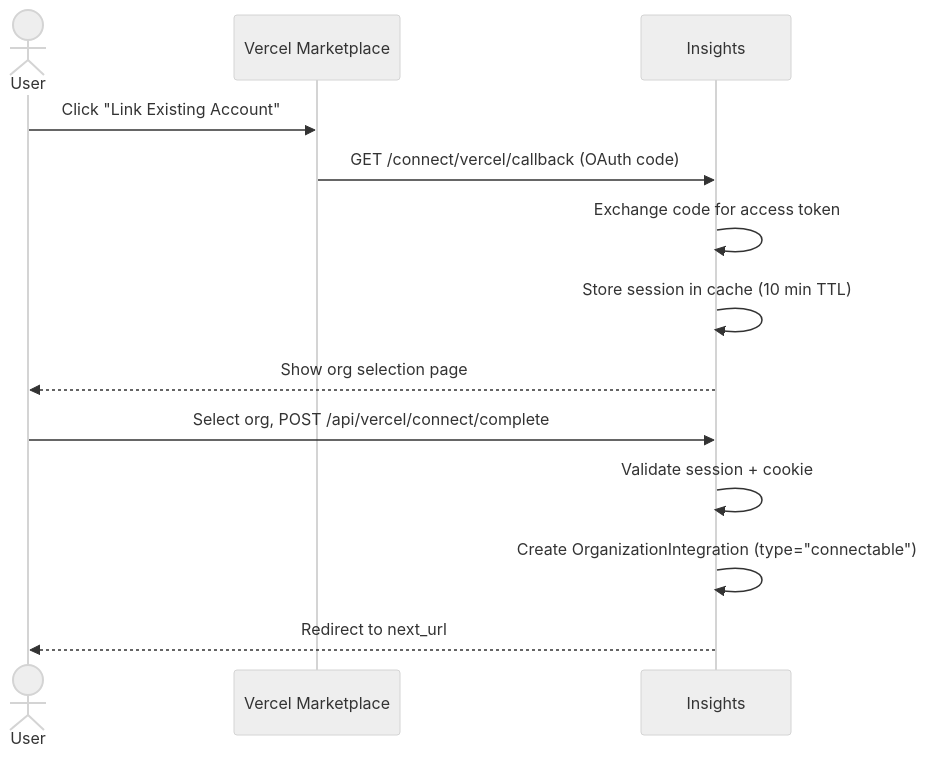
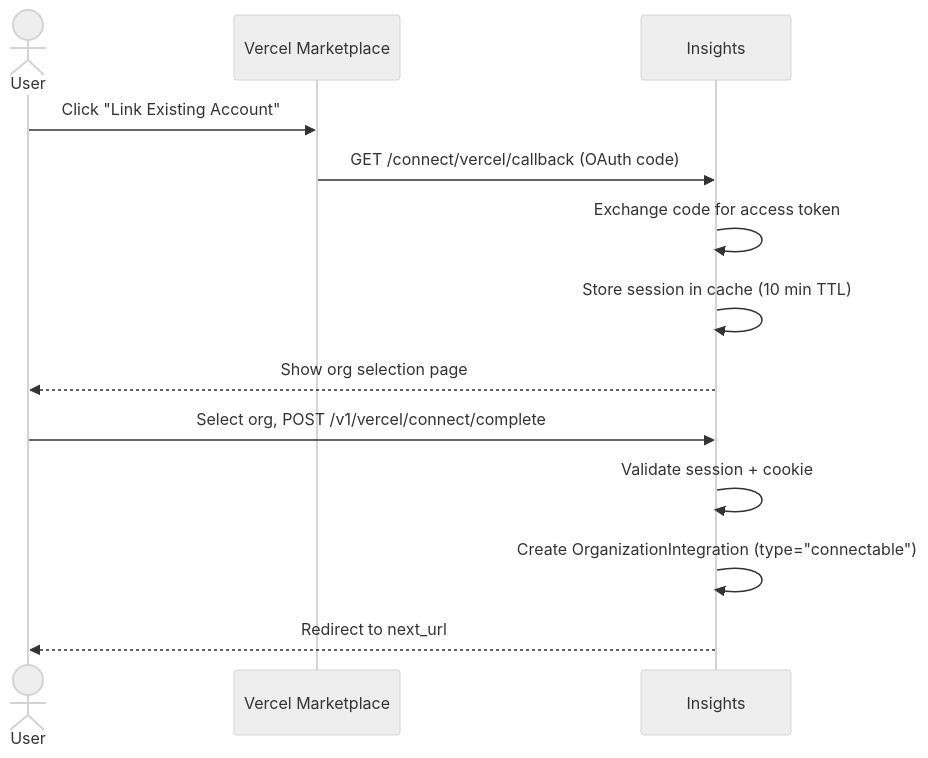
One commit to hanzoai/insights changed the third of 10 diagrams in docs/published/handbook/engineering/vercel-integration.md. Above: the diagram before and after it, drawn with Mermaid (neutral theme). The commit also changed other lines of this file and 55 other files, not shown here.

````diff
--- a/docs/published/handbook/engineering/vercel-integration.md
+++ b/docs/published/handbook/engineering/vercel-integration.md
@@ -101,17 +101,17 @@
 ```mermaid
 sequenceDiagram
     actor User
     participant VM as Vercel Marketplace
     participant PH as Insights
 
     User->>VM: Click "Link Existing Account"
     VM->>PH: GET /connect/vercel/callback (OAuth code)
     PH->>PH: Exchange code for access token
     PH->>PH: Store session in cache (10 min TTL)
 
     PH-->>User: Show org selection page
-    User->>PH: Select org, POST /api/vercel/connect/complete
+    User->>PH: Select org, POST /v1/vercel/connect/complete
     PH->>PH: Validate session + cookie
     PH->>PH: Create OrganizationIntegration (type="connectable")
     PH-->>User: Redirect to next_url
 ```
````
